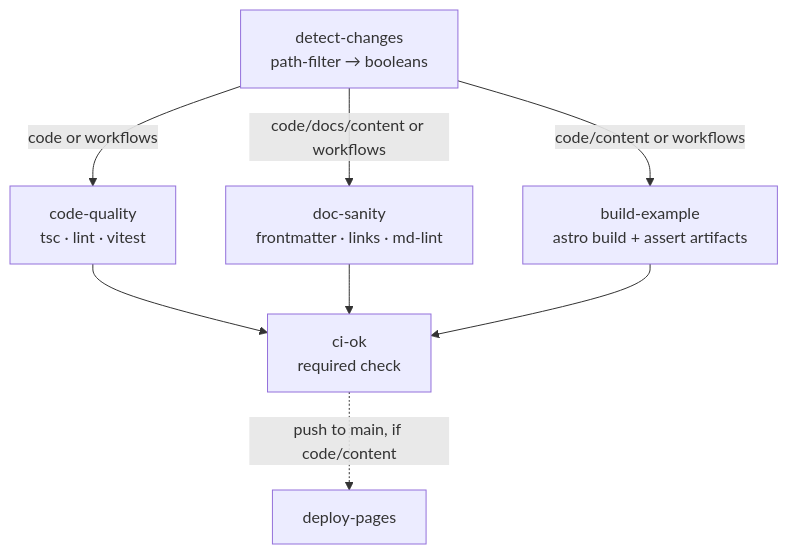
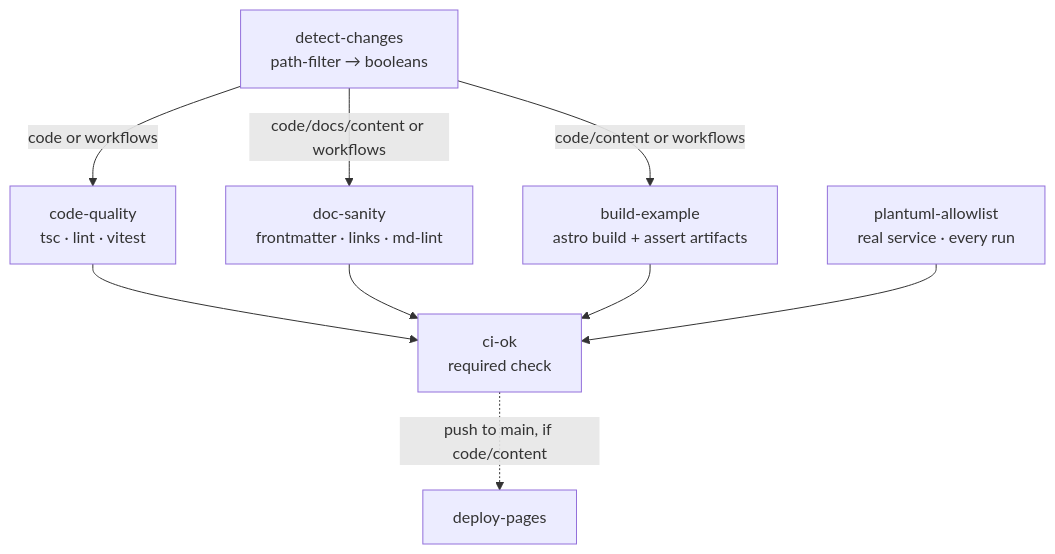
One commit to spec-kitty/doc-kitty changed the diagram in docs/architecture/ci-cd-pipeline.md. Above: the diagram before and after it, drawn with Mermaid. The commit also changed other lines of this file and 9 other files, not shown here.

First line of the commit message:
docs(plantuml): document the external-include opt-in (#268)

````diff
--- a/docs/architecture/ci-cd-pipeline.md
+++ b/docs/architecture/ci-cd-pipeline.md
@@ -92,11 +98,12 @@
 ```mermaid
 flowchart TD
   DC[detect-changes<br/>path-filter → booleans]
   DC -->|code or workflows| CQ[code-quality<br/>tsc · lint · vitest]
   DC -->|code/docs/content or workflows| DS[doc-sanity<br/>frontmatter · links · md-lint]
   DC -->|code/content or workflows| BE[build-example<br/>astro build + assert artifacts]
   CQ --> OK[ci-ok<br/>required check]
   DS --> OK
   BE --> OK
+  PA[plantuml-allowlist<br/>real service · every run] --> OK
   OK -.->|push to main, if code/content| DEP[deploy-pages]
 ```
````
